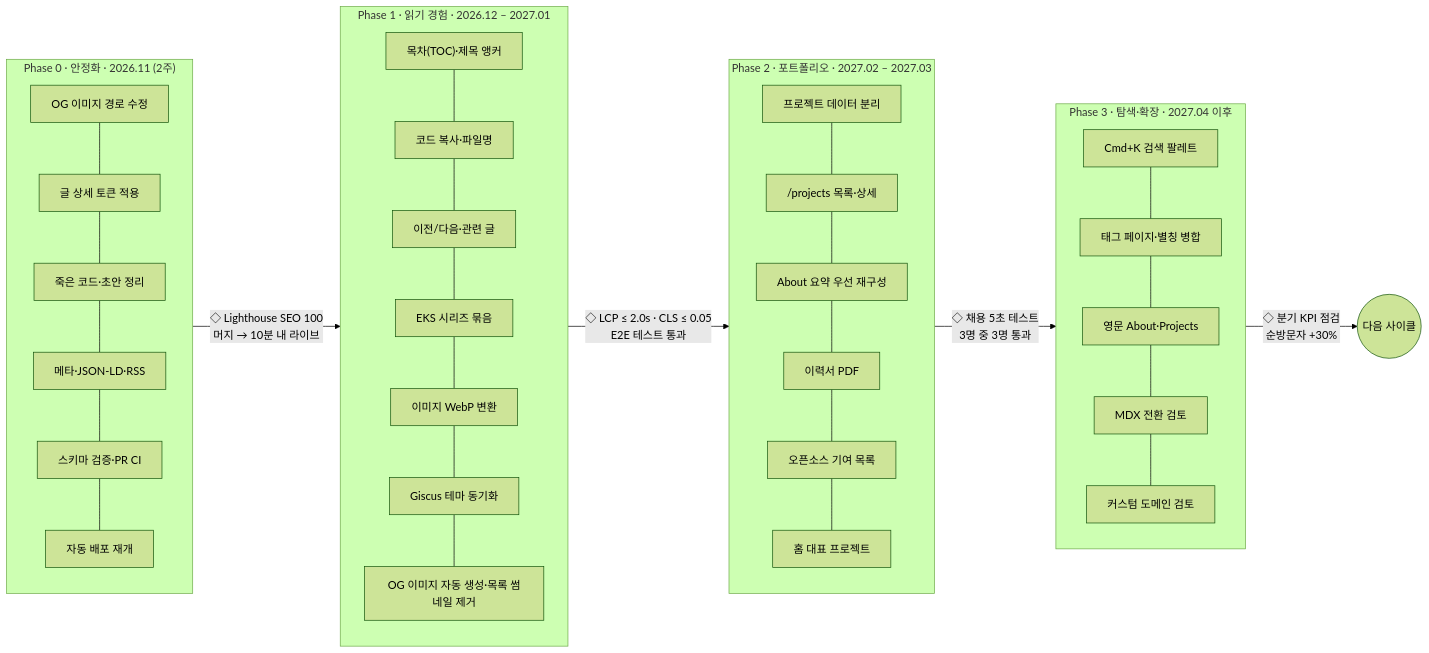
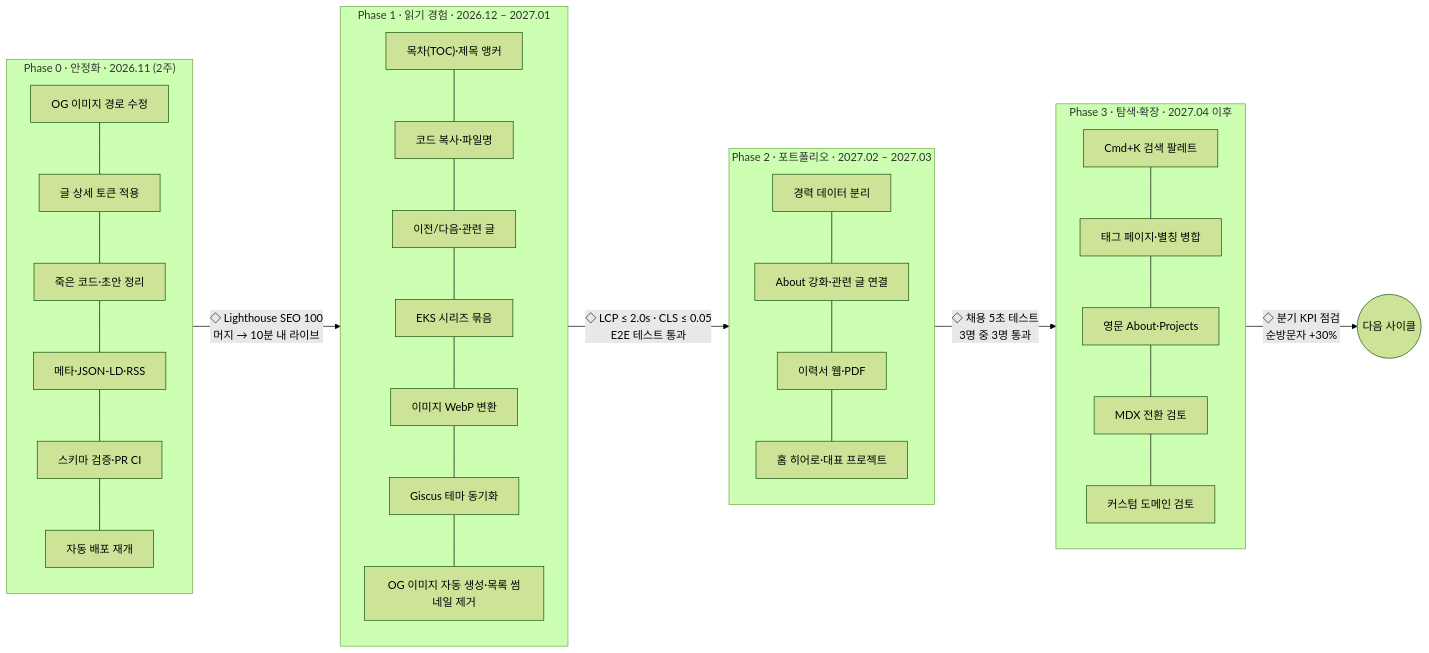
The second of 2 diagrams in cowork/prd/001_site_master-plan.md (comstering/comstering.github.io), drawn with Mermaid (forest theme) before and after one commit. The commit also changed other lines of this file and 8 other files, not shown here.

````diff
--- a/cowork/prd/001_site_master-plan.md
+++ b/cowork/prd/001_site_master-plan.md
@@ -348,23 +351,23 @@
 ```mermaid
 flowchart LR
     subgraph P0["Phase 0 · 안정화 · 2026.11 (2주)"]
         direction TB
         p0a[OG 이미지 경로 수정] --- p0b[글 상세 토큰 적용] --- p0c[죽은 코드·초안 정리] --- p0d[메타·JSON-LD·RSS] --- p0e[스키마 검증·PR CI] --- p0f[자동 배포 재개]
     end
     subgraph P1["Phase 1 · 읽기 경험 · 2026.12 – 2027.01"]
         direction TB
         p1a["목차(TOC)·제목 앵커"] --- p1b[코드 복사·파일명] --- p1c[이전/다음·관련 글] --- p1d[EKS 시리즈 묶음] --- p1e[이미지 WebP 변환] --- p1f[Giscus 테마 동기화] --- p1g[OG 이미지 자동 생성·목록 썸네일 제거]
     end
     subgraph P2["Phase 2 · 포트폴리오 · 2027.02 – 2027.03"]
         direction TB
-        p2a[프로젝트 데이터 분리] --- p2b["/projects 목록·상세"] --- p2c[About 요약 우선 재구성] --- p2d[이력서 PDF] --- p2e[오픈소스 기여 목록] --- p2f[홈 대표 프로젝트]
+        p2a[경력 데이터 분리] --- p2c[About 강화·관련 글 연결] --- p2d[이력서 웹·PDF] --- p2f[홈 히어로·대표 프로젝트]
     end
     subgraph P3["Phase 3 · 탐색·확장 · 2027.04 이후"]
         direction TB
         p3a[Cmd+K 검색 팔레트] --- p3b[태그 페이지·별칭 병합] --- p3d[영문 About·Projects] --- p3e[MDX 전환 검토] --- p3f[커스텀 도메인 검토]
     end
     P0 -->|"◇ Lighthouse SEO 100<br/>머지 → 10분 내 라이브"| P1
     P1 -->|"◇ LCP ≤ 2.0s · CLS ≤ 0.05<br/>E2E 테스트 통과"| P2
     P2 -->|"◇ 채용 5초 테스트<br/>3명 중 3명 통과"| P3
     P3 -->|"◇ 분기 KPI 점검<br/>순방문자 +30%"| KPI((다음 사이클))
 ```
````
